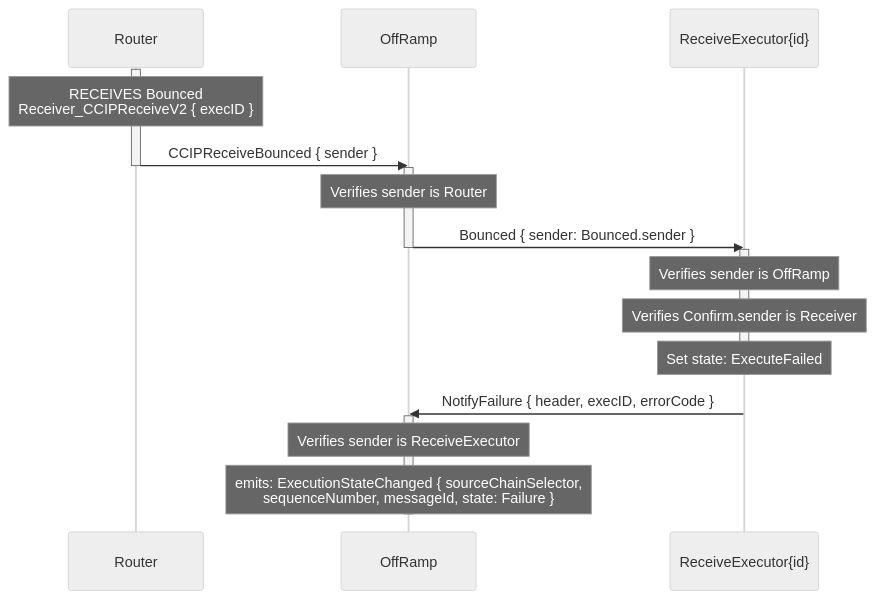
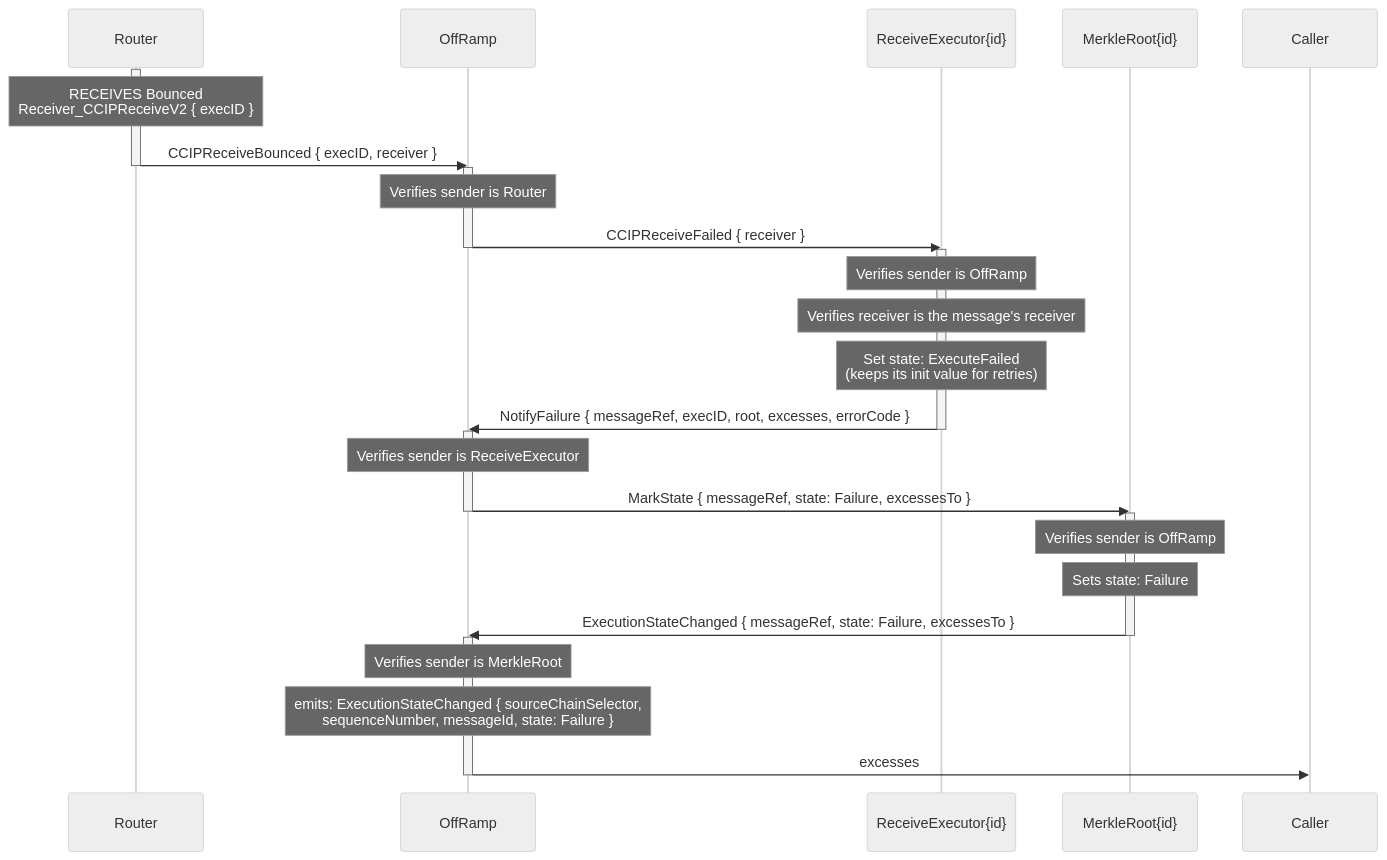
Before and after one commit to smartcontractkit/chainlink-ton: the seventh of 7 diagrams in docs/contracts/overview/ccip/offramp/arbitrary-msg.md, drawn with Mermaid (neutral theme). The commit also changed other lines of this file and 32 other files, not shown here.

First line of the commit message:
[NONEVM-6819] FIX OffRamp should emit ExecutionStateChanged only after MerkleRoot_ExecutionStateChanged (#992)

````diff
--- a/docs/contracts/overview/ccip/offramp/arbitrary-msg.md
+++ b/docs/contracts/overview/ccip/offramp/arbitrary-msg.md
@@ -186,34 +257,49 @@
 ```mermaid
 sequenceDiagram
     participant R as Router
     participant OR as OffRamp
     participant RE as ReceiveExecutor{id}
+    participant MR as MerkleRoot{id}
+    participant C as Caller
 
 
     activate R
     Note over R: RECEIVES Bounced<br>Receiver_CCIPReceiveV2 { execID }
-    R ->> OR: CCIPReceiveBounced { sender }
+    R ->> OR: CCIPReceiveBounced { execID, receiver }
     deactivate R
 
 
 
     activate OR
     Note over OR: Verifies sender is Router
-    OR ->> RE: Bounced { sender: Bounced.sender }
+    OR ->> RE: CCIPReceiveFailed { receiver }
     deactivate OR
 
 
     activate RE
     Note over RE: Verifies sender is OffRamp
-    Note over RE: Verifies Confirm.sender is Receiver
-    Note over RE: Set state: ExecuteFailed
+    Note over RE: Verifies receiver is the message's receiver
+    Note over RE: Set state: ExecuteFailed<br>(keeps its init value for retries)
+    RE ->> OR: NotifyFailure { messageRef, execID, root, excesses, errorCode }
     deactivate RE
-    RE ->> OR: NotifyFailure { header, execID, errorCode }
-
 
 
     activate OR
     Note over OR: Verifies sender is ReceiveExecutor
+    OR ->> MR: MarkState { messageRef, state: Failure, excessesTo }
+    deactivate OR
+
+
+    activate MR
+    Note over MR: Verifies sender is OffRamp
+    Note over MR: Sets state: Failure
+    MR ->> OR: ExecutionStateChanged { messageRef, state: Failure, excessesTo }
+    deactivate MR
+
+
+    activate OR
+    Note over OR: Verifies sender is MerkleRoot
     Note over OR: emits: ExecutionStateChanged { sourceChainSelector,<br>sequenceNumber, messageId, state: Failure }
+    OR ->> C: excesses
     deactivate OR
 ```
````
